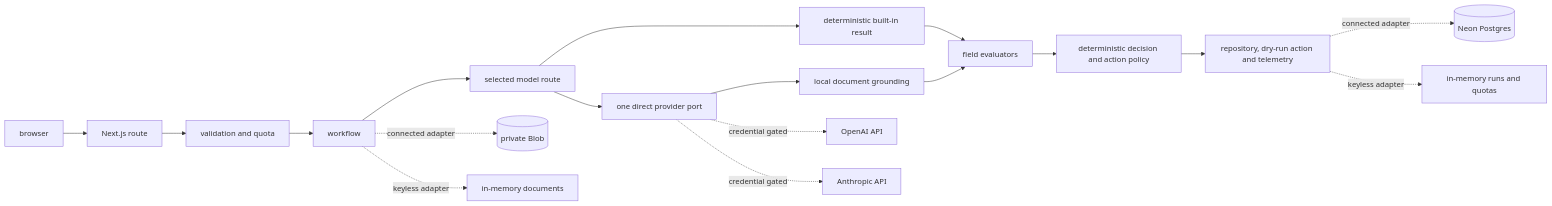
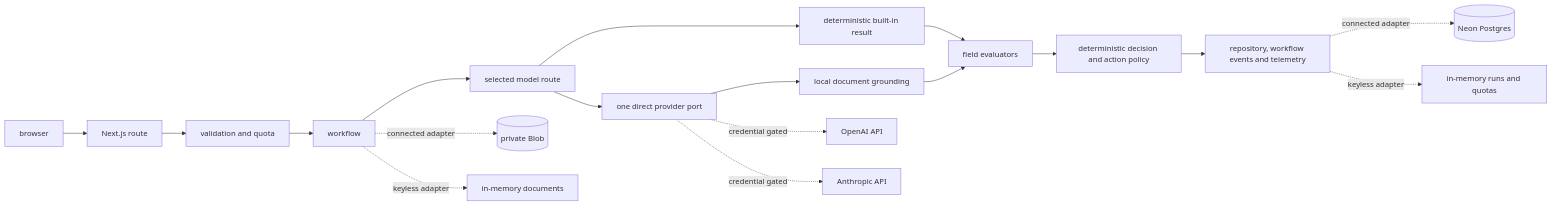
Before and after one commit to nicodelasc/document-intelligence-assurance-hub: the diagram in docs/architecture.md, drawn with Mermaid. The commit also changed other lines of this file and 5 other files, not shown here.

````diff
--- a/docs/architecture.md
+++ b/docs/architecture.md
@@ -5,21 +5,21 @@
 ```mermaid
 flowchart LR
   Browser[browser] --> Route[Next.js route]
   Route --> Gate[validation and quota]
   Gate --> Workflow[workflow]
   Workflow --> Adapter[selected model route]
   Adapter --> Provider[one direct provider port]
   Adapter --> Recorded[deterministic built-in result]
   Provider --> Grounding[local document grounding]
   Recorded --> Evaluators
   Grounding --> Evaluators[field evaluators]
   Evaluators --> Decision[deterministic decision and action policy]
-  Decision --> Repository[repository, dry-run action and telemetry]
+  Decision --> Repository[repository, workflow events and telemetry]
 
   Workflow -. connected adapter .-> Blob[(private Blob)]
   Repository -. connected adapter .-> Neon[(Neon Postgres)]
   Workflow -. keyless adapter .-> MemoryDocs[in-memory documents]
   Repository -. keyless adapter .-> MemoryRuns[in-memory runs and quotas]
   Provider -. credential gated .-> OpenAI[OpenAI API]
   Provider -. credential gated .-> Anthropic[Anthropic API]
 ```
````
